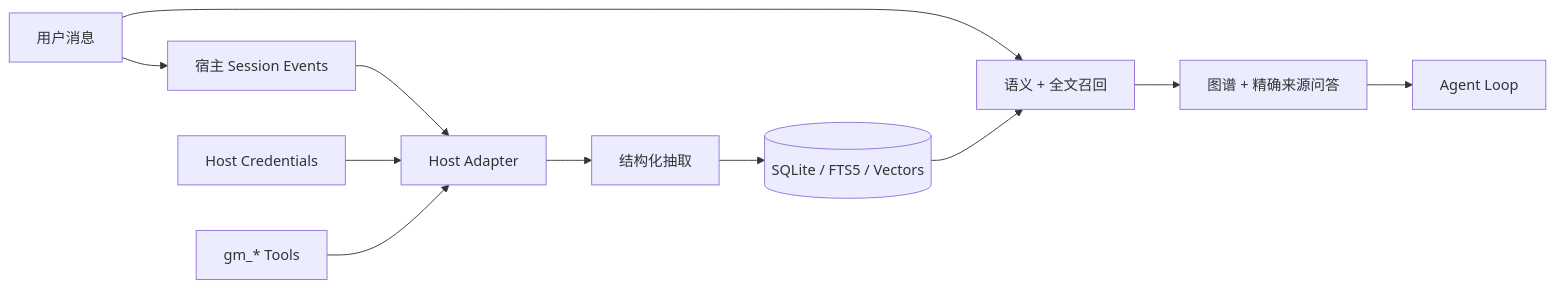
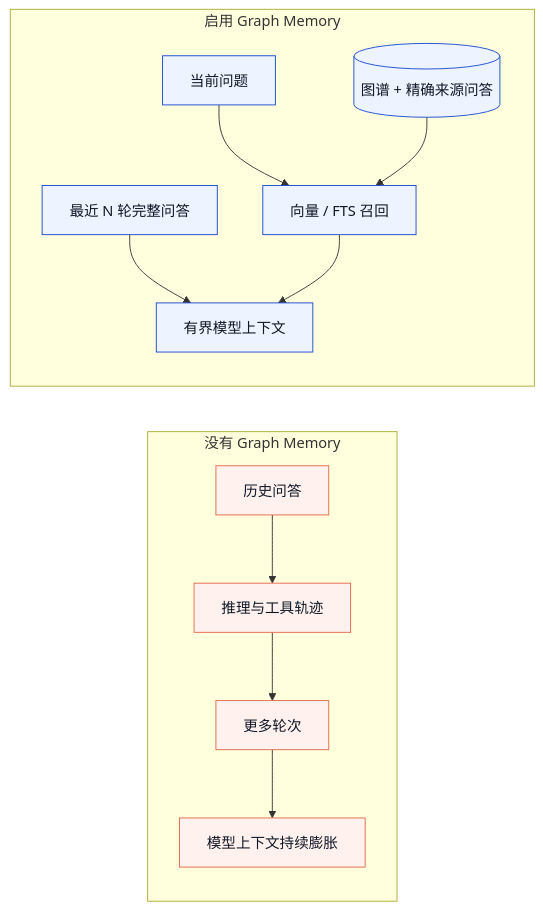
One commit to TriDefender/graph-memory changed the first of 3 diagrams in README_CN.md. Above: the diagram before and after it, drawn with Mermaid. The commit also changed other lines of this file and 9 other files, not shown here.

````diff
--- a/README_CN.md
+++ b/README_CN.md
@@ -159,13 +26,20 @@
 ```mermaid
 flowchart LR
-  USER[用户消息] --> SESSION[宿主 Session Events]
-  SESSION --> ADAPTER[Host Adapter]
-  ADAPTER --> EXTRACT[结构化抽取]
-  EXTRACT --> GRAPH[(SQLite / FTS5 / Vectors)]
-  USER --> RECALL[语义 + 全文召回]
-  GRAPH --> RECALL
-  RECALL --> PROMPT[图谱 + 精确来源问答]
-  PROMPT --> LOOP[Agent Loop]
-  CREDS[Host Credentials] --> ADAPTER
-  TOOLS[gm_* Tools] --> ADAPTER
+  subgraph BEFORE[没有 Graph Memory]
+    B1[历史问答] --> B2[推理与工具轨迹]
+    B2 --> B3[更多轮次]
+    B3 --> B4[模型上下文持续膨胀]
+  end
+
+  subgraph AFTER[启用 Graph Memory]
+    A1[最近 N 轮完整问答] --> A4[有界模型上下文]
+    A2[当前问题] --> A3[向量 / FTS 召回]
+    A5[(图谱 + 精确来源问答)] --> A3
+    A3 --> A4
+  end
+
+  classDef baseline fill:#fff2ee,stroke:#e16645,color:#111827;
+  classDef memory fill:#edf3ff,stroke:#1748d1,color:#111827;
+  class B1,B2,B3,B4 baseline;
+  class A1,A2,A3,A4,A5 memory;
 ```
````
